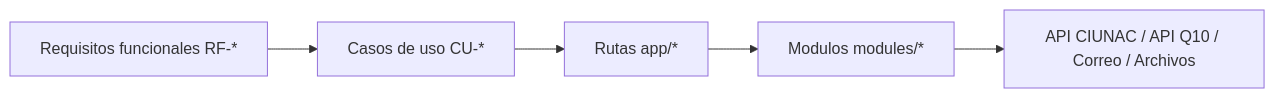
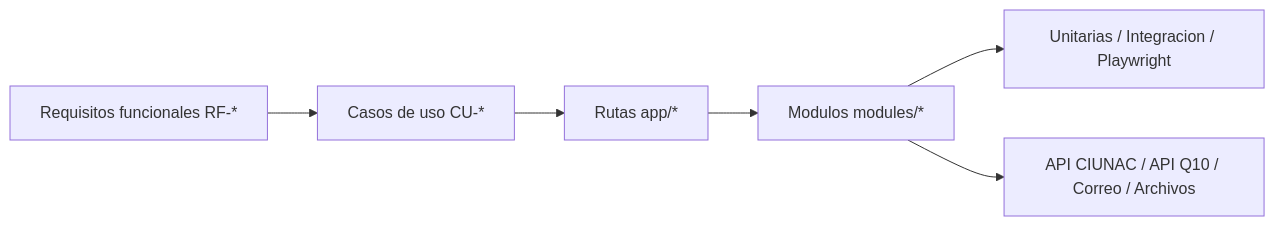
The diagram in docs/requirements/traceability-matrix.md (luismiguelgs/ciunac-sol-1.3), drawn with Mermaid before and after one commit. The commit also changed other lines of this file and 58 other files, not shown here.

````diff
--- a/docs/requirements/traceability-matrix.md
+++ b/docs/requirements/traceability-matrix.md
@@ -47,7 +49,8 @@
 ```mermaid
 flowchart LR
     RF["Requisitos funcionales RF-*"] --> CU["Casos de uso CU-*"]
     CU --> Routes["Rutas app/*"]
     Routes --> Modules["Modulos modules/*"]
+    Modules --> Tests["Unitarias / Integracion / Playwright"]
     Modules --> APIs["API CIUNAC / API Q10 / Correo / Archivos"]
 ```
````
